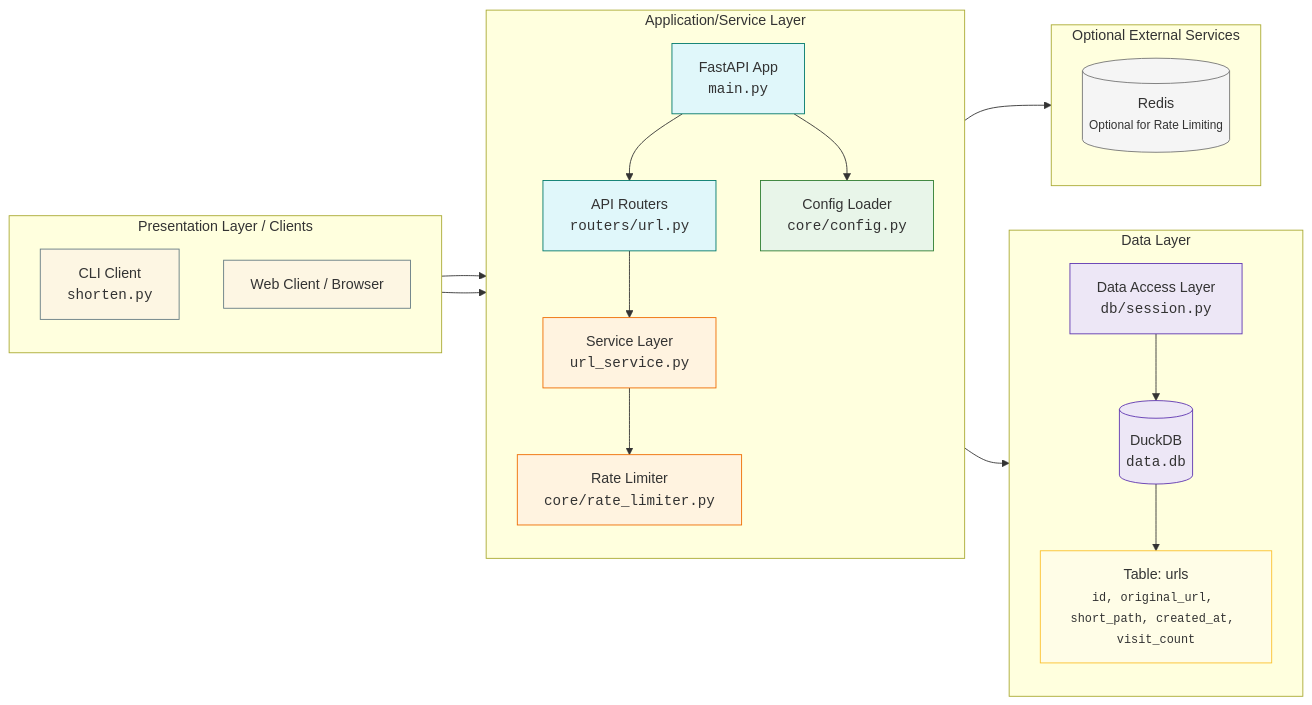
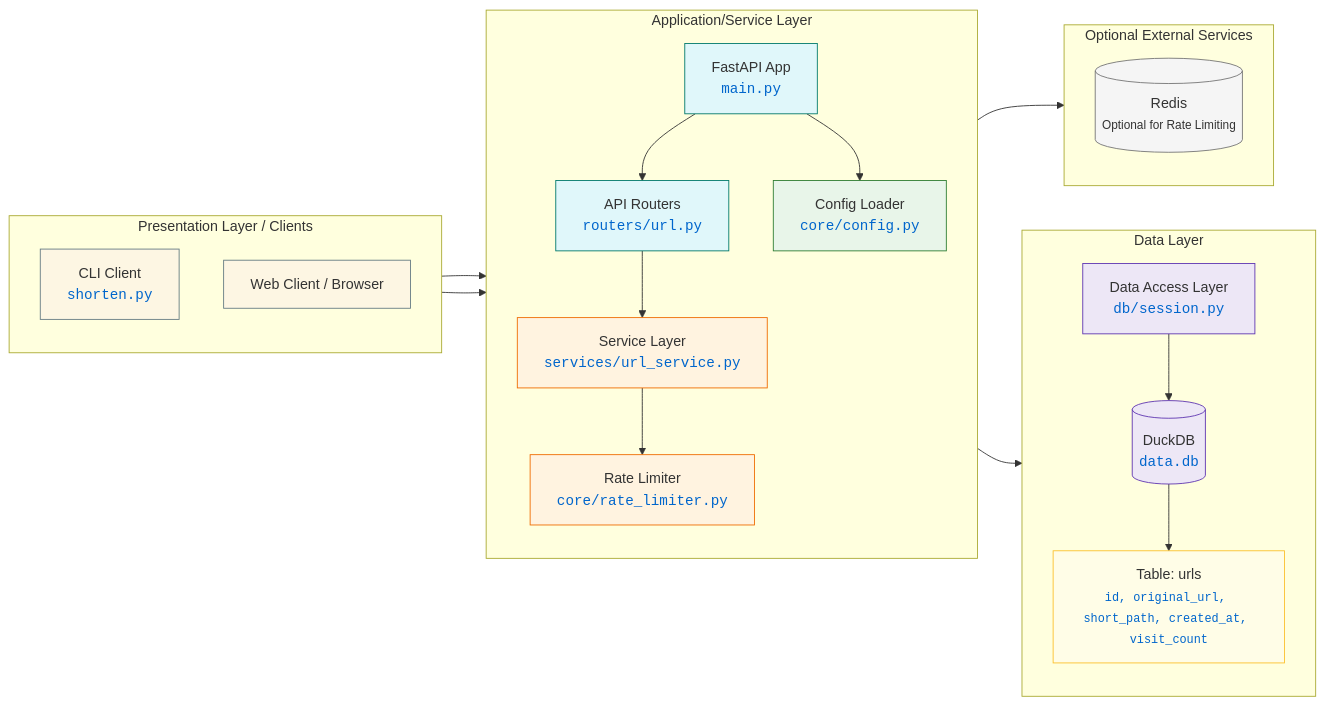
The diagram in README.md (utkuyucel/url-shortener), drawn with Mermaid before and after one commit.

Commit message:
Docs: Enhance architecture diagram with color-coded code references

````diff
--- a/README.md
+++ b/README.md
@@ -82,50 +82,50 @@
 ```mermaid
 flowchart LR
     subgraph A[Presentation Layer / Clients]
         direction TB
-        CLI[CLI Client<br><code>shorten.py</code>]:::client
+        CLI[CLI Client<br><code><span style="color:#0066cc">shorten.py</span></code>]:::client
         Web[Web Client / Browser]:::client
     end
 
     subgraph B[Application/Service Layer]
         direction TB
-        Main[FastAPI App<br><code>main.py</code>]:::api
-        Routers[API Routers<br><code>routers/url.py</code>]:::api
-        Service[Service Layer<br><code>url_service.py</code>]:::service
-        Config[Config Loader<br><code>core/config.py</code>]:::config
-        RateLimiter[Rate Limiter<br><code>core/rate_limiter.py</code>]:::service
+        Main[FastAPI App<br><code><span style="color:#0066cc">main.py</span></code>]:::api
+        Routers[API Routers<br><code><span style="color:#0066cc">routers/url.py</span></code>]:::api
+        Service[Service Layer<br><code><span style="color:#0066cc">services/url_service.py</span></code>]:::service
+        Config[Config Loader<br><code><span style="color:#0066cc">core/config.py</span></code>]:::config
+        RateLimiter[Rate Limiter<br><code><span style="color:#0066cc">core/rate_limiter.py</span></code>]:::service
     end
 
     subgraph C[Data Layer]
         direction TB
-        DAL[Data Access Layer<br><code>db/session.py</code>]:::db
-        DB[(DuckDB<br><code>data.db</code>)]:::db
-        URLs["Table: urls<br><small><code>id, original_url, short_path, created_at, visit_count</code></small>"]:::table
+        DAL[Data Access Layer<br><code><span style="color:#0066cc">db/session.py</span></code>]:::db
+        DB[(DuckDB<br><code><span style="color:#0066cc">data.db</span></code>)]:::db
+        URLs["Table: urls<br><small><code><span style="color:#0066cc">id, original_url, short_path, created_at, visit_count</span></code></small>"]:::table
     end
 
     subgraph D[Optional External Services]
         direction TB
         Redis[(Redis<br><small>Optional for Rate Limiting</small>)]:::external
     end
 
     %% Connections
     CLI --> Main
     Web --> Main
     Main --> Routers
     Main --> Config
     Routers --> Service
     Service --> DAL
     Service --> RateLimiter
     RateLimiter --> Redis
     DAL --> DB
     DB --> URLs
 
     %% Styles
     classDef client fill:#fdf6e3,stroke:#657b83,stroke-width:1px;
     classDef api fill:#e0f7fa,stroke:#00796b,stroke-width:1px;
     classDef service fill:#fff3e0,stroke:#ef6c00,stroke-width:1px;
     classDef db fill:#ede7f6,stroke:#5e35b1,stroke-width:1px;
     classDef config fill:#e8f5e9,stroke:#2e7d32,stroke-width:1px;
     classDef table fill:#fffde7,stroke:#fbc02d,stroke-width:1px;
     classDef external fill:#f5f5f5,stroke:#757575,stroke-width:1px;
 ```
````
